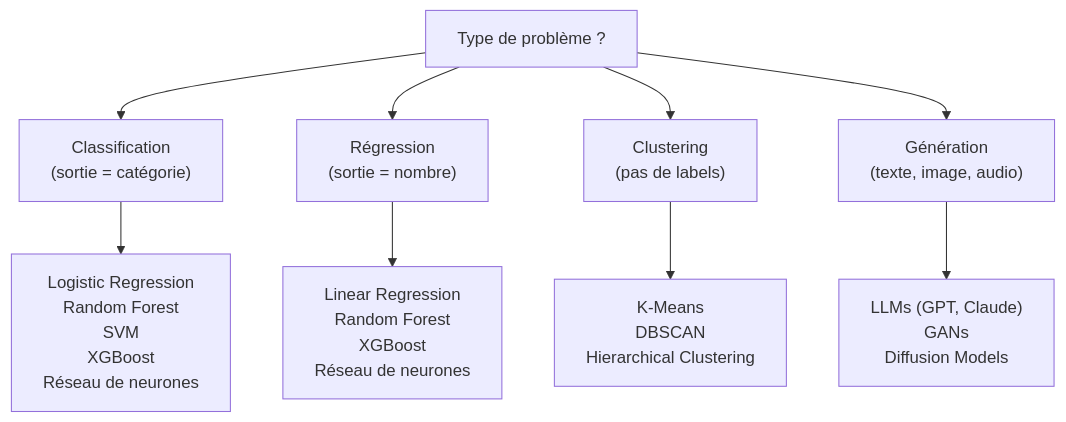
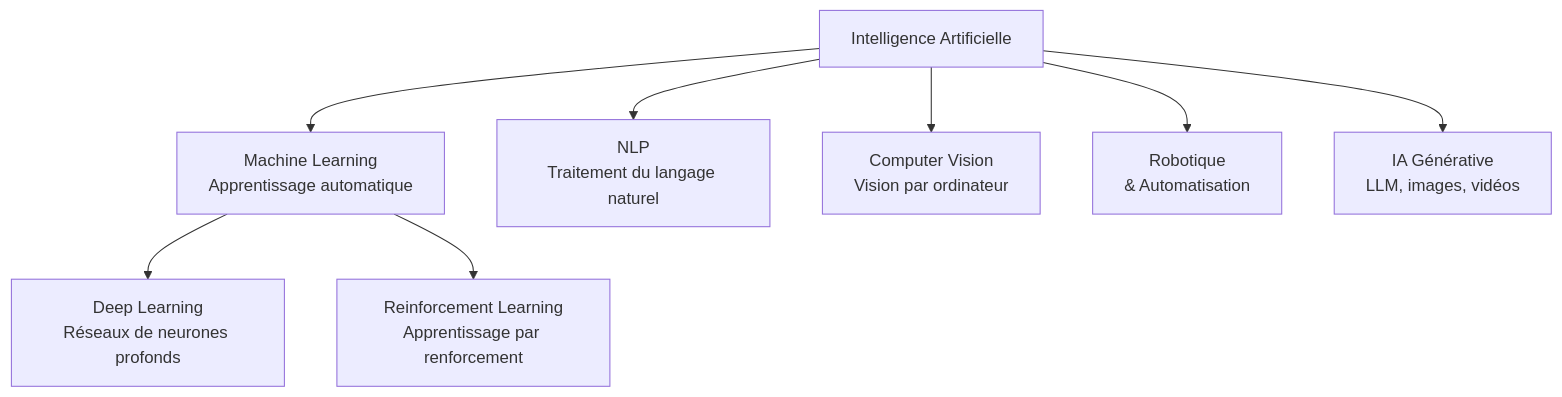
The second of 7 diagrams in 02-Cycle-de-vie-projet-IA.md (MaxterJim/processus-et-ecosystemes-ia), drawn with Mermaid before and after one commit. The commit also changed other lines of this file, not shown here.

````diff
--- a/02-Cycle-de-vie-projet-IA.md
+++ b/02-Cycle-de-vie-projet-IA.md
@@ -1116,12 +79,10 @@
 ```mermaid
 flowchart TD
-    A["Type de problème ?"] --> B["Classification\n(sortie = catégorie)"]
-    A --> C["Régression\n(sortie = nombre)"]
-    A --> D["Clustering\n(pas de labels)"]
-    A --> E["Génération\n(texte, image, audio)"]
-
-    B --> B1["Logistic Regression\nRandom Forest\nSVM\nXGBoost\nRéseau de neurones"]
-    C --> C1["Linear Regression\nRandom Forest\nXGBoost\nRéseau de neurones"]
-    D --> D1["K-Means\nDBSCAN\nHierarchical Clustering"]
-    E --> E1["LLMs (GPT, Claude)\nGANs\nDiffusion Models"]
+    IA["Intelligence Artificielle"] --> ML["Machine Learning\nApprentissage automatique"]
+    IA --> NLP["NLP\nTraitement du langage naturel"]
+    IA --> CV["Computer Vision\nVision par ordinateur"]
+    IA --> Rob["Robotique\n& Automatisation"]
+    IA --> GenAI["IA Générative\nLLM, images, vidéos"]
+    ML --> DL["Deep Learning\nRéseaux de neurones profonds"]
+    ML --> RL["Reinforcement Learning\nApprentissage par renforcement"]
 ```
````
